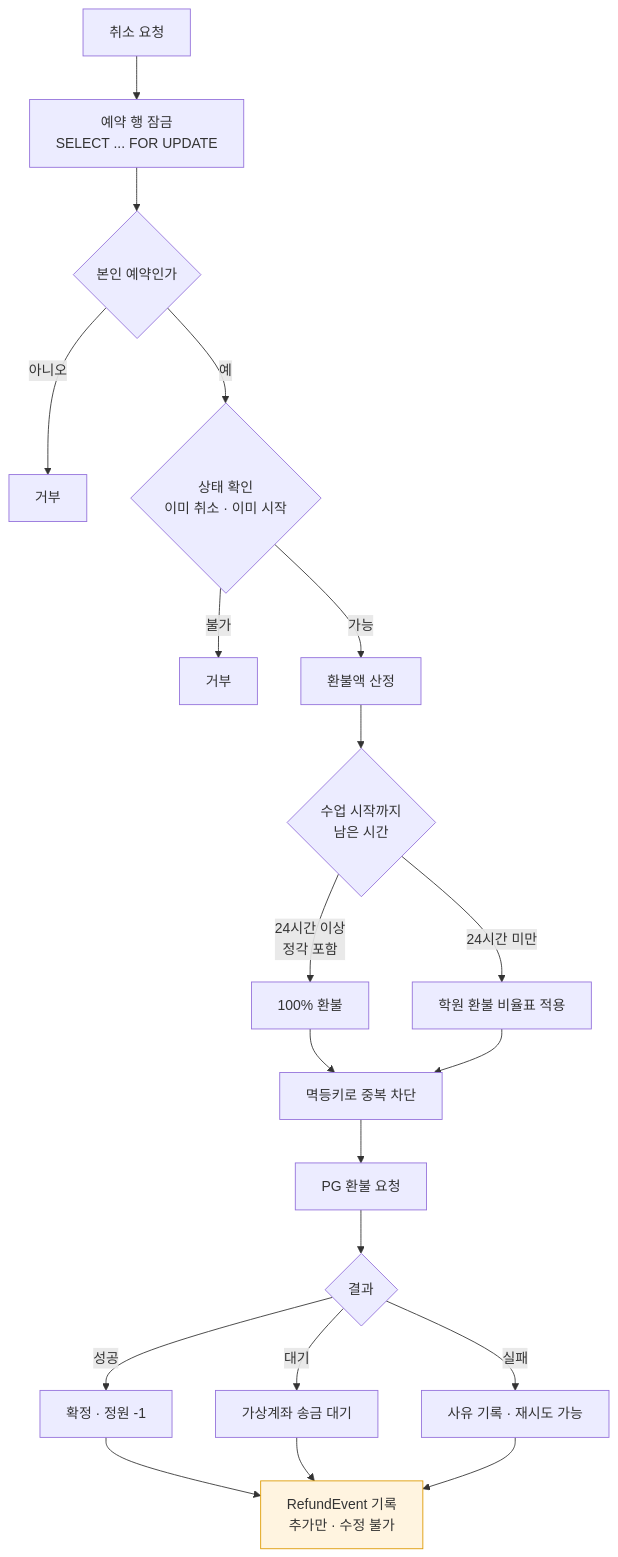
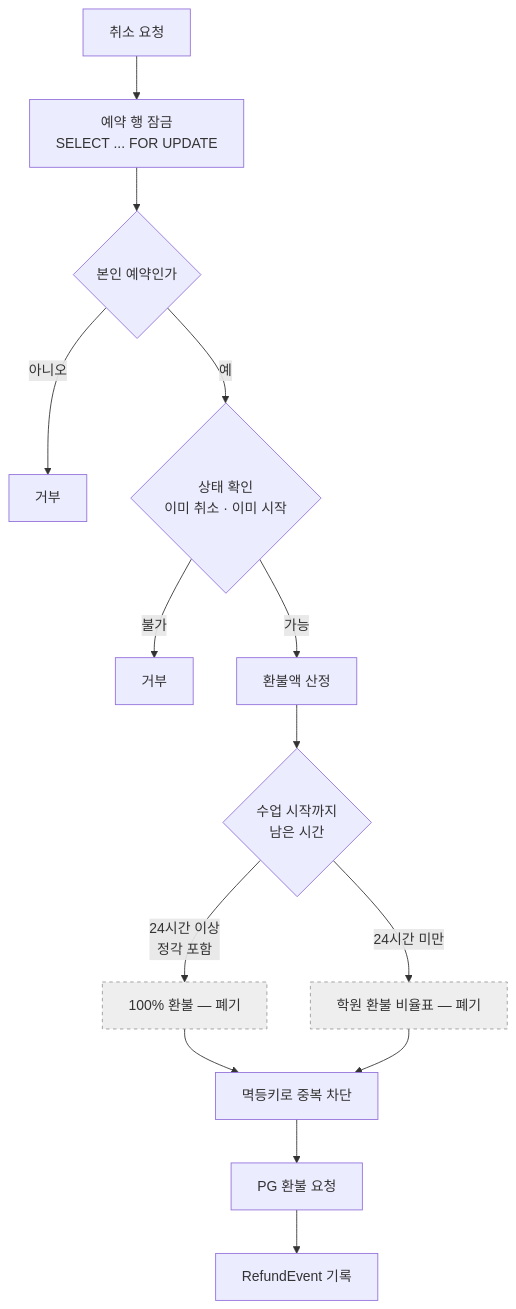
Diagram 11 of 14 in docs/kdancex4_service_definition_and_tech_stack.md (ChaeUngLim/kdancex4), drawn with Mermaid before and after one commit. The commit also changed other lines of this file and 21 other files, not shown here.

````diff
--- a/docs/kdancex4_service_definition_and_tech_stack.md
+++ b/docs/kdancex4_service_definition_and_tech_stack.md
@@ -1683,24 +1786,19 @@
 ```mermaid
 flowchart TB
     REQ["취소 요청"] --> LOCK["예약 행 잠금<br/>SELECT ... FOR UPDATE"]
     LOCK --> OWN{"본인 예약인가"}
     OWN -->|"아니오"| E403["거부"]
     OWN -->|"예"| ST{"상태 확인<br/>이미 취소 · 이미 시작"}
     ST -->|"불가"| E409["거부"]
     ST -->|"가능"| CALC["환불액 산정"]
     CALC --> T{"수업 시작까지<br/>남은 시간"}
-    T -->|"24시간 이상<br/>정각 포함"| FULL["100% 환불"]
-    T -->|"24시간 미만"| TIER["학원 환불 비율표 적용"]
+    T -->|"24시간 이상<br/>정각 포함"| FULL["100% 환불 — 폐기"]
+    T -->|"24시간 미만"| TIER["학원 환불 비율표 — 폐기"]
     FULL --> IDEM["멱등키로 중복 차단"]
     TIER --> IDEM
     IDEM --> PGC["PG 환불 요청"]
-    PGC --> RES{"결과"}
-    RES -->|"성공"| S1["확정 · 정원 -1"]
-    RES -->|"대기"| S2["가상계좌 송금 대기"]
-    RES -->|"실패"| S3["사유 기록 · 재시도 가능"]
-    S1 --> LOG["RefundEvent 기록<br/>추가만 · 수정 불가"]
-    S2 --> LOG
-    S3 --> LOG
+    PGC --> LOG["RefundEvent 기록"]
 
-    style LOG fill:#fff4e0,stroke:#d90
+    style FULL fill:#eee,stroke:#999,stroke-dasharray: 4 4
+    style TIER fill:#eee,stroke:#999,stroke-dasharray: 4 4
 ```
````
